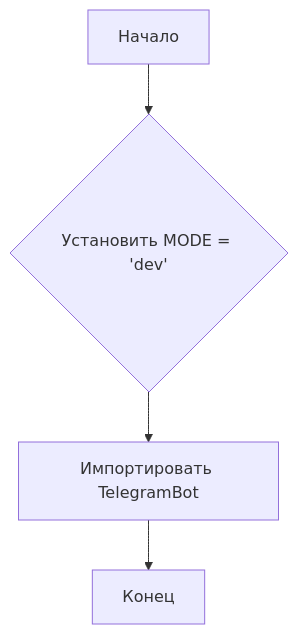
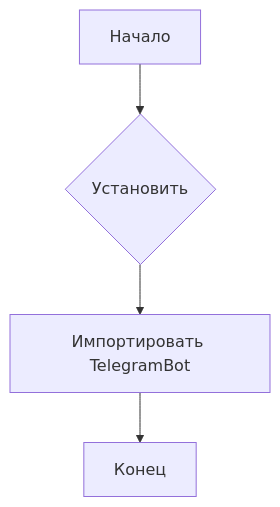
The first of 2 diagrams in docs/gemini/out/ru/explainer/src/bots/telegram/__init__.md (hypo69/hypo), drawn with Mermaid before and after one commit. The commit also changed other lines of this file and 6031 other files, not shown here.

````diff
--- a/docs/gemini/out/ru/explainer/src/bots/telegram/__init__.md
+++ b/docs/gemini/out/ru/explainer/src/bots/telegram/__init__.md
@@ -24,6 +24,6 @@
 ```mermaid
 graph TD
-    A[Начало] --> B{Установить MODE = 'dev'};
+    A[Начало] --> B{Установить };
     B --> C[Импортировать TelegramBot];
     C --> D[Конец];
 ```
````
